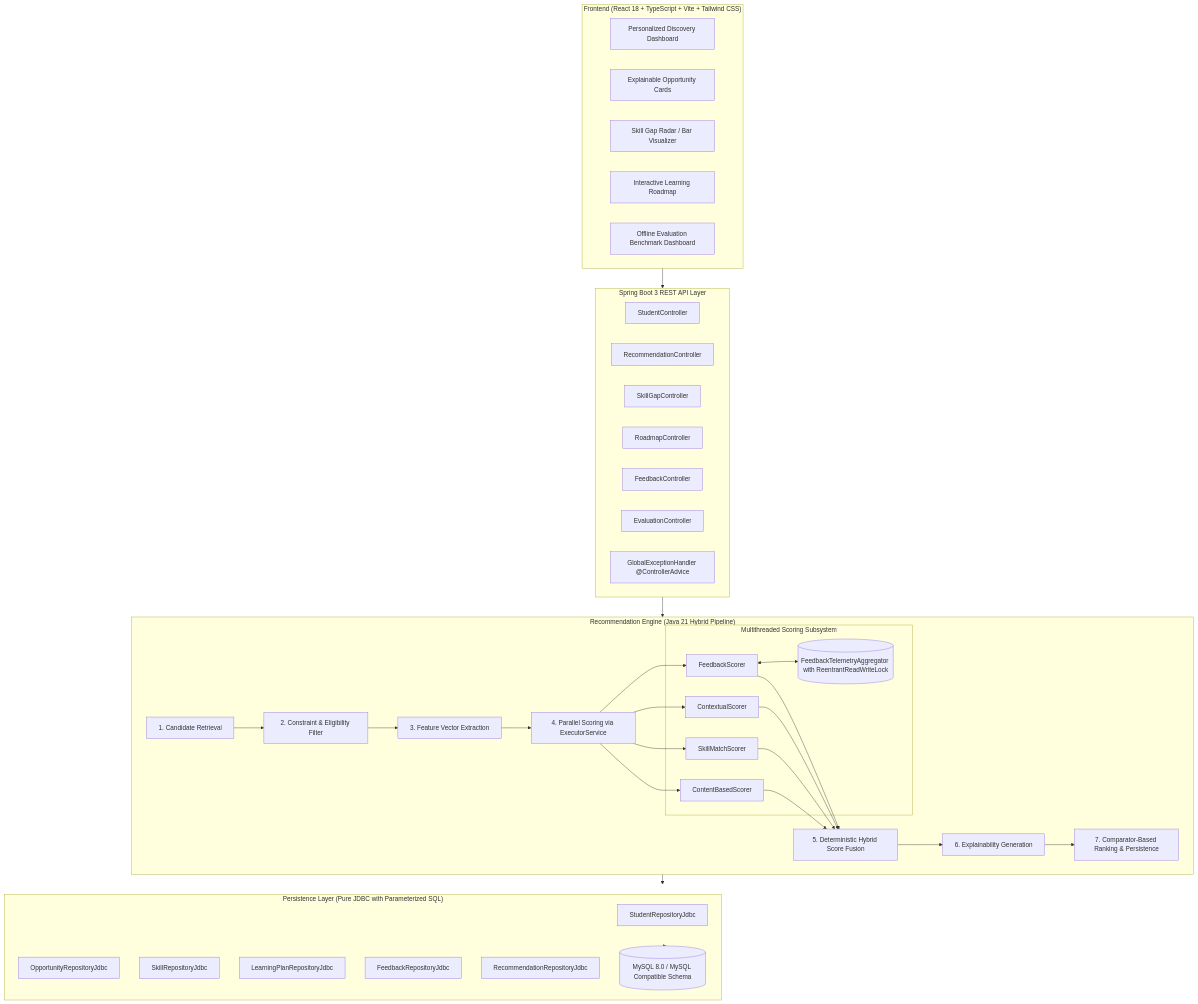
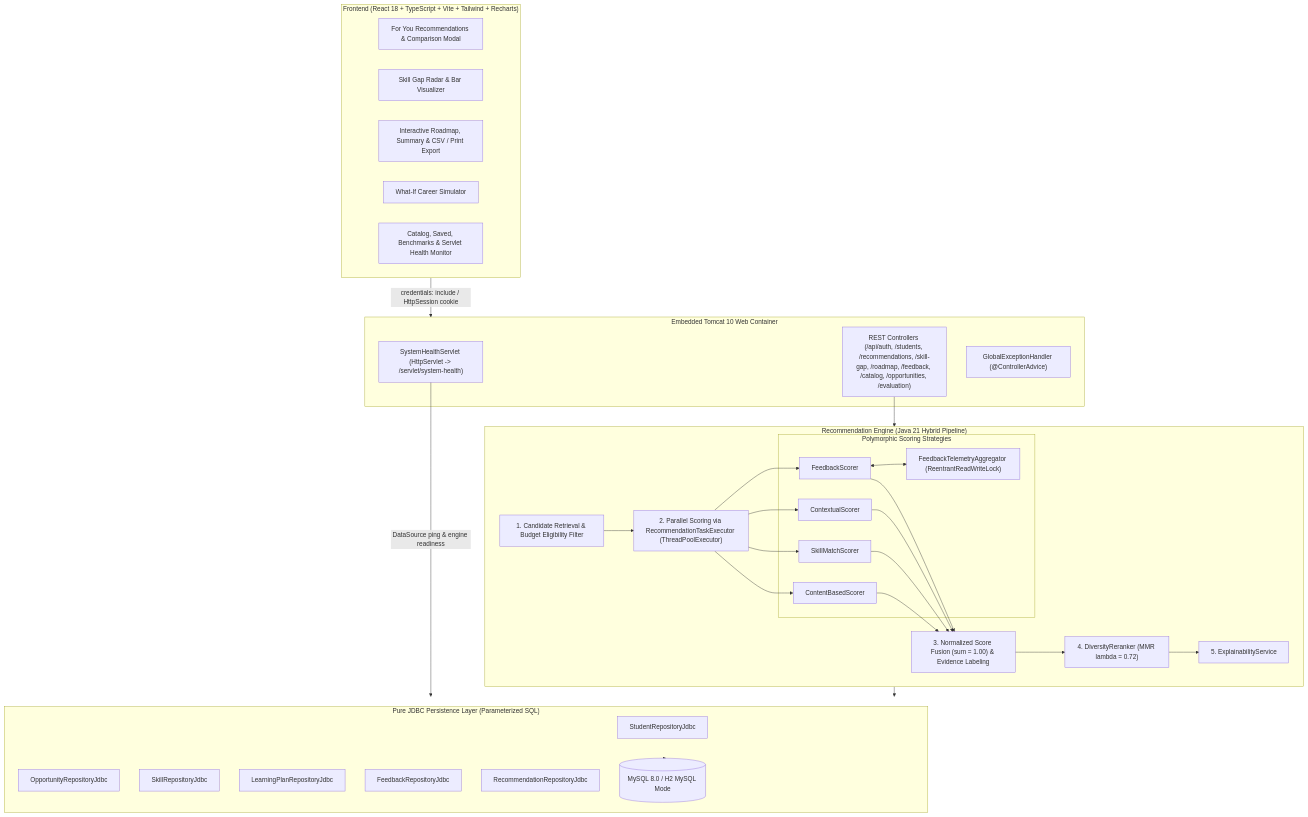
Before and after one commit to Areenacodes-shrm/AI-based-Recommendation-System: the diagram in README.md, drawn with Mermaid. The commit also changed other lines of this file and 88 other files, not shown here.

````diff
--- a/README.md
+++ b/README.md
@@ -53,55 +52,50 @@
 ```mermaid
 flowchart TD
-    subgraph Client ["Frontend (React 18 + TypeScript + Vite + Tailwind CSS)"]
-        UI1[Personalized Discovery Dashboard]
-        UI2[Explainable Opportunity Cards]
-        UI3[Skill Gap Radar / Bar Visualizer]
-        UI4[Interactive Learning Roadmap]
-        UI5[Offline Evaluation Benchmark Dashboard]
+    subgraph Client ["Frontend (React 18 + TypeScript + Vite + Tailwind + Recharts)"]
+        UI1[For You Recommendations & Comparison Modal]
+        UI2[Skill Gap Radar & Bar Visualizer]
+        UI3[Interactive Roadmap, Summary & CSV / Print Export]
+        UI4[What-If Career Simulator]
+        UI5[Catalog, Saved, Benchmarks & Servlet Health Monitor]
     end
 
-    subgraph REST ["Spring Boot 3 REST API Layer"]
-        B1[StudentController]
-        B2[RecommendationController]
-        B3[SkillGapController]
-        B4[RoadmapController]
-        B5[FeedbackController]
-        B6[EvaluationController]
-        B7[GlobalExceptionHandler @ControllerAdvice]
+    subgraph WebLayer ["Embedded Tomcat 10 Web Container"]
+        S1["SystemHealthServlet (HttpServlet -> /servlet/system-health)"]
+        B1["REST Controllers (/api/auth, /students, /recommendations, /skill-gap, /roadmap, /feedback, /catalog, /opportunities, /evaluation)"]
+        B2["GlobalExceptionHandler (@ControllerAdvice)"]
     end
 
     subgraph CoreEngine ["Recommendation Engine (Java 21 Hybrid Pipeline)"]
-        C1[1. Candidate Retrieval] --> C2[2. Constraint & Eligibility Filter]
-        C2 --> C3[3. Feature Vector Extraction]
-        C3 --> C4[4. Parallel Scoring via ExecutorService]
-        
-        subgraph Concurrency ["Multithreaded Scoring Subsystem"]
+        C1[1. Candidate Retrieval & Budget Eligibility Filter]
+        C2["2. Parallel Scoring via RecommendationTaskExecutor (ThreadPoolExecutor)"]
+        subgraph Scorers ["Polymorphic Scoring Strategies"]
             D1[ContentBasedScorer]
             D2[SkillMatchScorer]
             D3[ContextualScorer]
             D4[FeedbackScorer]
-            D5[(FeedbackTelemetryAggregator with ReentrantReadWriteLock)]
+            D5["FeedbackTelemetryAggregator (ReentrantReadWriteLock)"]
         end
-        
-        C4 --> D1 & D2 & D3 & D4
+        C3["3. Normalized Score Fusion (sum = 1.00) & Evidence Labeling"]
+        C4["4. DiversityReranker (MMR lambda = 0.72)"]
+        C5[5. ExplainabilityService]
+        C1 --> C2 --> D1 & D2 & D3 & D4
         D4 <--> D5
-        D1 & D2 & D3 & D4 --> C5[5. Deterministic Hybrid Score Fusion]
-        C5 --> C6[6. Explainability Generation]
-        C6 --> C7[7. Comparator-Based Ranking & Persistence]
+        D1 & D2 & D3 & D4 --> C3 --> C4 --> C5
     end
 
-    subgraph Persistence ["Persistence Layer (Pure JDBC with Parameterized SQL)"]
+    subgraph Persistence ["Pure JDBC Persistence Layer (Parameterized SQL)"]
         E1[StudentRepositoryJdbc]
         E2[OpportunityRepositoryJdbc]
         E3[SkillRepositoryJdbc]
         E4[LearningPlanRepositoryJdbc]
         E5[FeedbackRepositoryJdbc]
         E6[RecommendationRepositoryJdbc]
-        E7[(MySQL 8.0 / MySQL Compatible Schema)]
+        E7[(MySQL 8.0 / H2 MySQL Mode)]
     end
 
-    Client --> REST
-    REST --> CoreEngine
+    Client -->|credentials: include / HttpSession cookie| WebLayer
+    B1 --> CoreEngine
+    S1 -->|DataSource ping & engine readiness| Persistence
     CoreEngine --> Persistence
     Persistence --> E7
 ```
````
